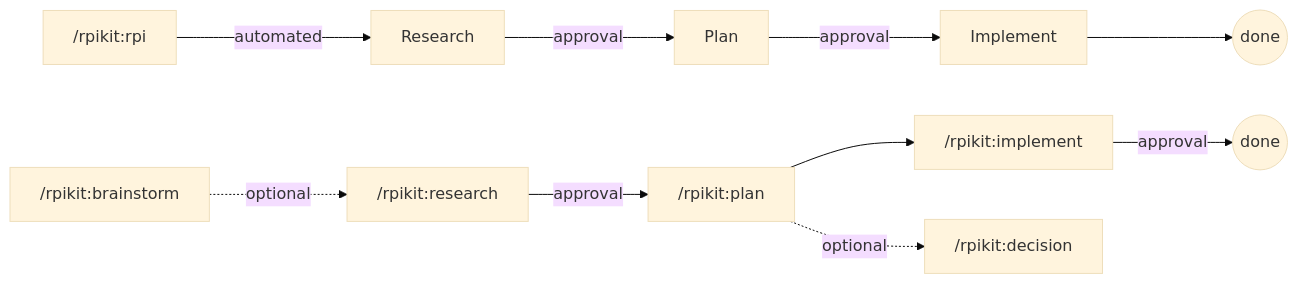
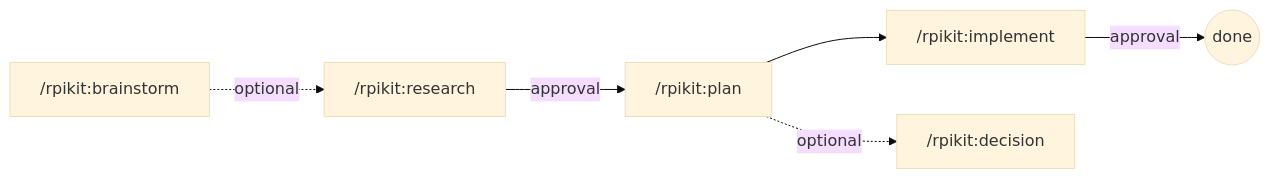
One commit to bostonaholic/rpikit changed the second of 2 diagrams in README.md. Above: the diagram before and after it, drawn with Mermaid (base theme). The commit also changed other lines of this file, not shown here.

````diff
--- a/README.md
+++ b/README.md
@@ -42,13 +57,8 @@
 ```mermaid
 flowchart LR
-    rpi["/rpikit:rpi"] -->|automated| research2[Research]
-    research2 -->|approval| plan2[Plan]
-    plan2 -->|approval| implement2[Implement]
-    implement2 --> done2((done))
-
     brainstorm["/rpikit:brainstorm"] -.->|optional| research["/rpikit:research"]
     research -->|approval| plan["/rpikit:plan"]
     plan --> implement["/rpikit:implement"]
     plan -.->|optional| decision["/rpikit:decision"]
     implement -->|approval| done((done))
 ```
````
